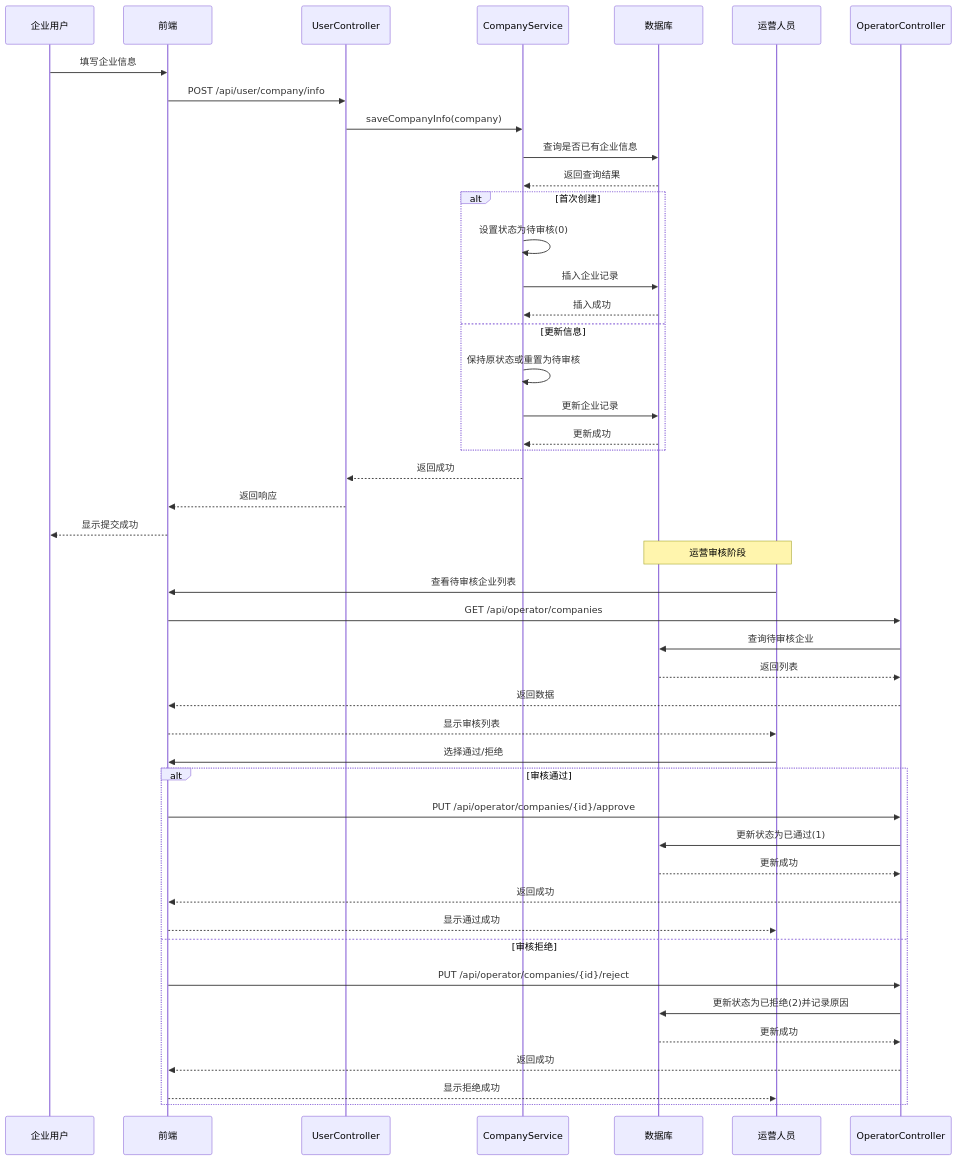
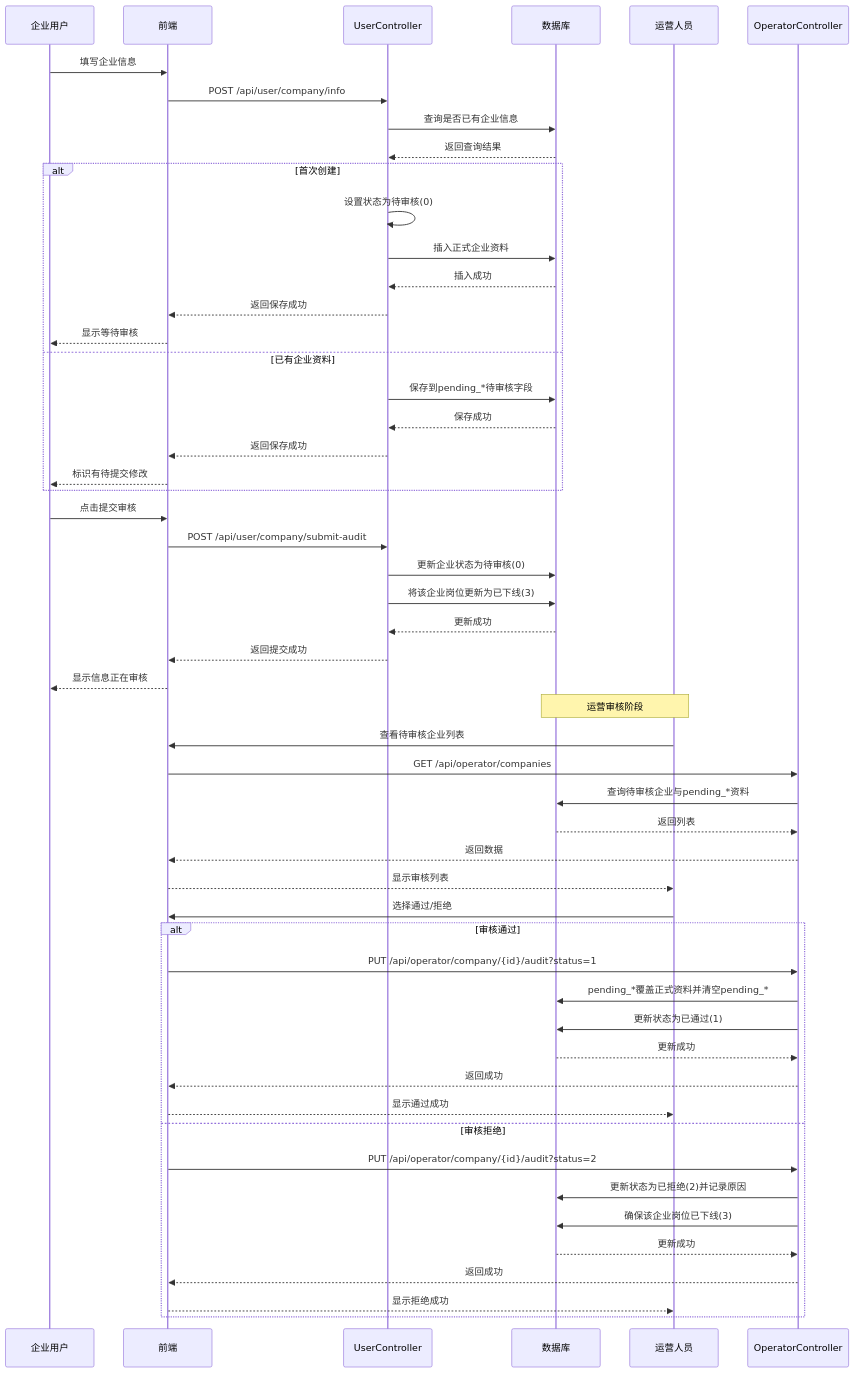
Before and after one commit to nzj2004/bylw: the fifth of 25 diagrams in md文件夹/流程图.md, drawn with Mermaid. The commit also changed other lines of this file and 2 other files, not shown here.

Commit message:
docs: update company re-audit workflow

````diff
--- a/md文件夹/流程图.md
+++ b/md文件夹/流程图.md
@@ -643,51 +648,59 @@
 ```mermaid
 sequenceDiagram
     participant E as 企业用户
     participant F as 前端
     participant C as UserController
-    participant S as CompanyService
     participant DB as 数据库
     participant O as 运营人员
     participant OC as OperatorController
 
     E->>F: 填写企业信息
     F->>C: POST /api/user/company/info
-    C->>S: saveCompanyInfo(company)
-    S->>DB: 查询是否已有企业信息
-    DB-->>S: 返回查询结果
+    C->>DB: 查询是否已有企业信息
+    DB-->>C: 返回查询结果
     alt 首次创建
-        S->>S: 设置状态为待审核(0)
-        S->>DB: 插入企业记录
-        DB-->>S: 插入成功
-    else 更新信息
-        S->>S: 保持原状态或重置为待审核
-        S->>DB: 更新企业记录
-        DB-->>S: 更新成功
+        C->>C: 设置状态为待审核(0)
+        C->>DB: 插入正式企业资料
+        DB-->>C: 插入成功
+        C-->>F: 返回保存成功
+        F-->>E: 显示等待审核
+    else 已有企业资料
+        C->>DB: 保存到pending_*待审核字段
+        DB-->>C: 保存成功
+        C-->>F: 返回保存成功
+        F-->>E: 标识有待提交修改
     end
-    S-->>C: 返回成功
-    C-->>F: 返回响应
-    F-->>E: 显示提交成功
+
+    E->>F: 点击提交审核
+    F->>C: POST /api/user/company/submit-audit
+    C->>DB: 更新企业状态为待审核(0)
+    C->>DB: 将该企业岗位更新为已下线(3)
+    DB-->>C: 更新成功
+    C-->>F: 返回提交成功
+    F-->>E: 显示信息正在审核
 
     Note over O,DB: 运营审核阶段
     O->>F: 查看待审核企业列表
     F->>OC: GET /api/operator/companies
-    OC->>DB: 查询待审核企业
+    OC->>DB: 查询待审核企业与pending_*资料
     DB-->>OC: 返回列表
     OC-->>F: 返回数据
     F-->>O: 显示审核列表
 
     O->>F: 选择通过/拒绝
     alt 审核通过
-        F->>OC: PUT /api/operator/companies/{id}/approve
+        F->>OC: PUT /api/operator/company/{id}/audit?status=1
+        OC->>DB: pending_*覆盖正式资料并清空pending_*
         OC->>DB: 更新状态为已通过(1)
         DB-->>OC: 更新成功
         OC-->>F: 返回成功
         F-->>O: 显示通过成功
     else 审核拒绝
-        F->>OC: PUT /api/operator/companies/{id}/reject
+        F->>OC: PUT /api/operator/company/{id}/audit?status=2
         OC->>DB: 更新状态为已拒绝(2)并记录原因
+        OC->>DB: 确保该企业岗位已下线(3)
         DB-->>OC: 更新成功
         OC-->>F: 返回成功
         F-->>O: 显示拒绝成功
     end
 ```
````
